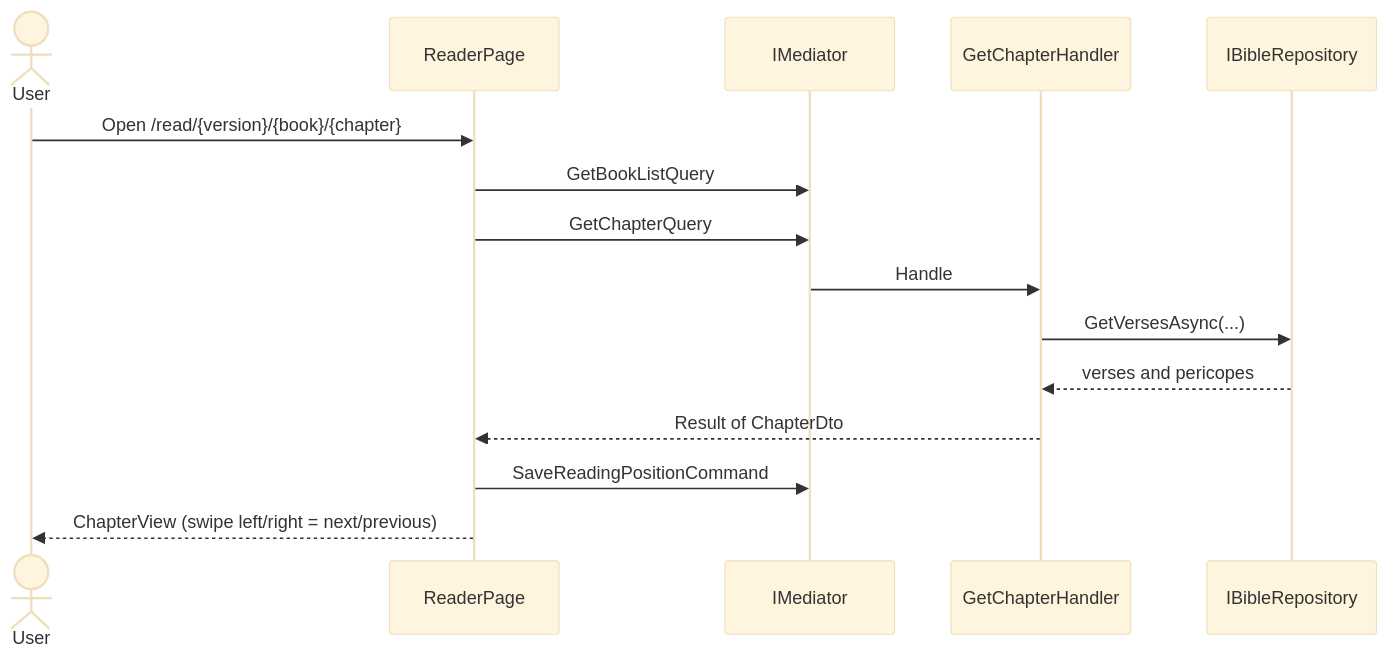
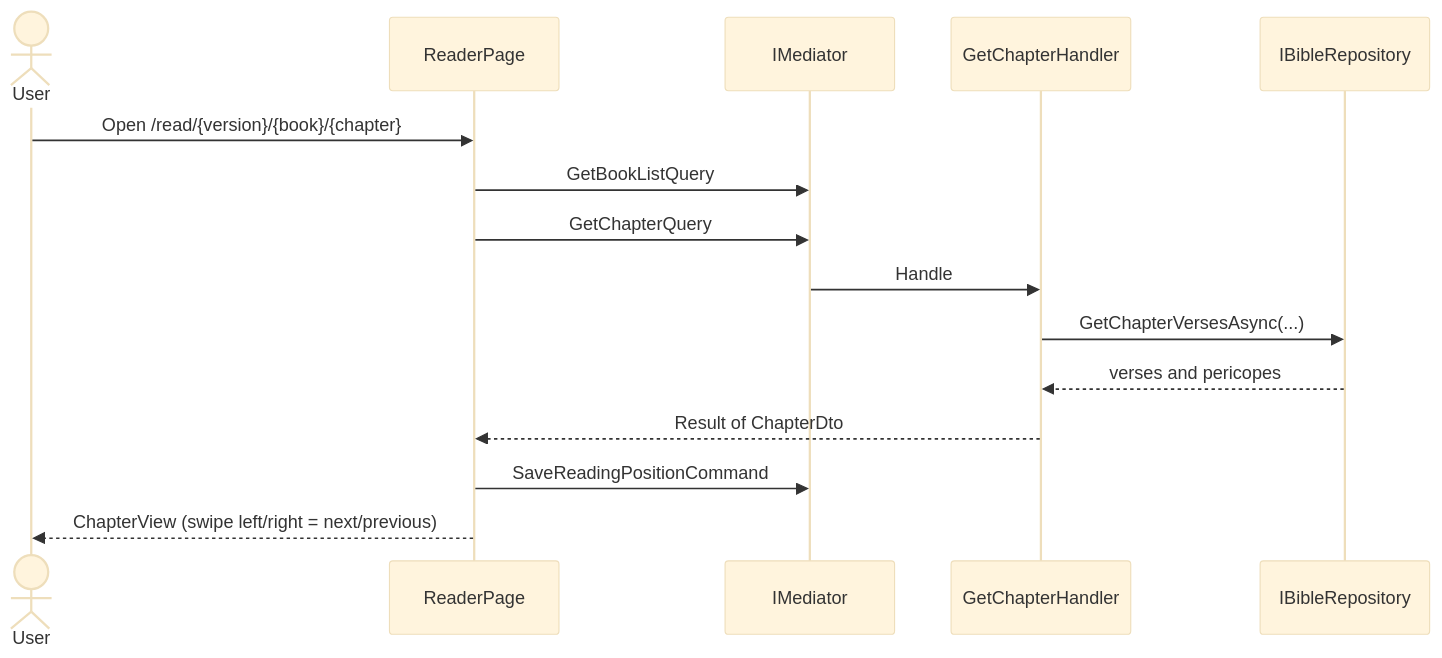
The third of 11 diagrams in README.md (pradikta/openbible), drawn with Mermaid (base theme) before and after one commit. The commit also changed other lines of this file, not shown here.

Commit message:
docs(docs): expand README with status, backup, CI diagram and translation license notice

````diff
--- a/README.md
+++ b/README.md
@@ -118,17 +211,17 @@
 ```mermaid
 sequenceDiagram
     actor U as User
     participant R as ReaderPage
     participant M as IMediator
     participant H as GetChapterHandler
     participant Repo as IBibleRepository
     U->>R: Open /read/{version}/{book}/{chapter}
     R->>M: GetBookListQuery
     R->>M: GetChapterQuery
     M->>H: Handle
-    H->>Repo: GetVersesAsync(...)
+    H->>Repo: GetChapterVersesAsync(...)
     Repo-->>H: verses and pericopes
     H-->>R: Result of ChapterDto
     R->>M: SaveReadingPositionCommand
     R-->>U: ChapterView (swipe left/right = next/previous)
 ```
````
